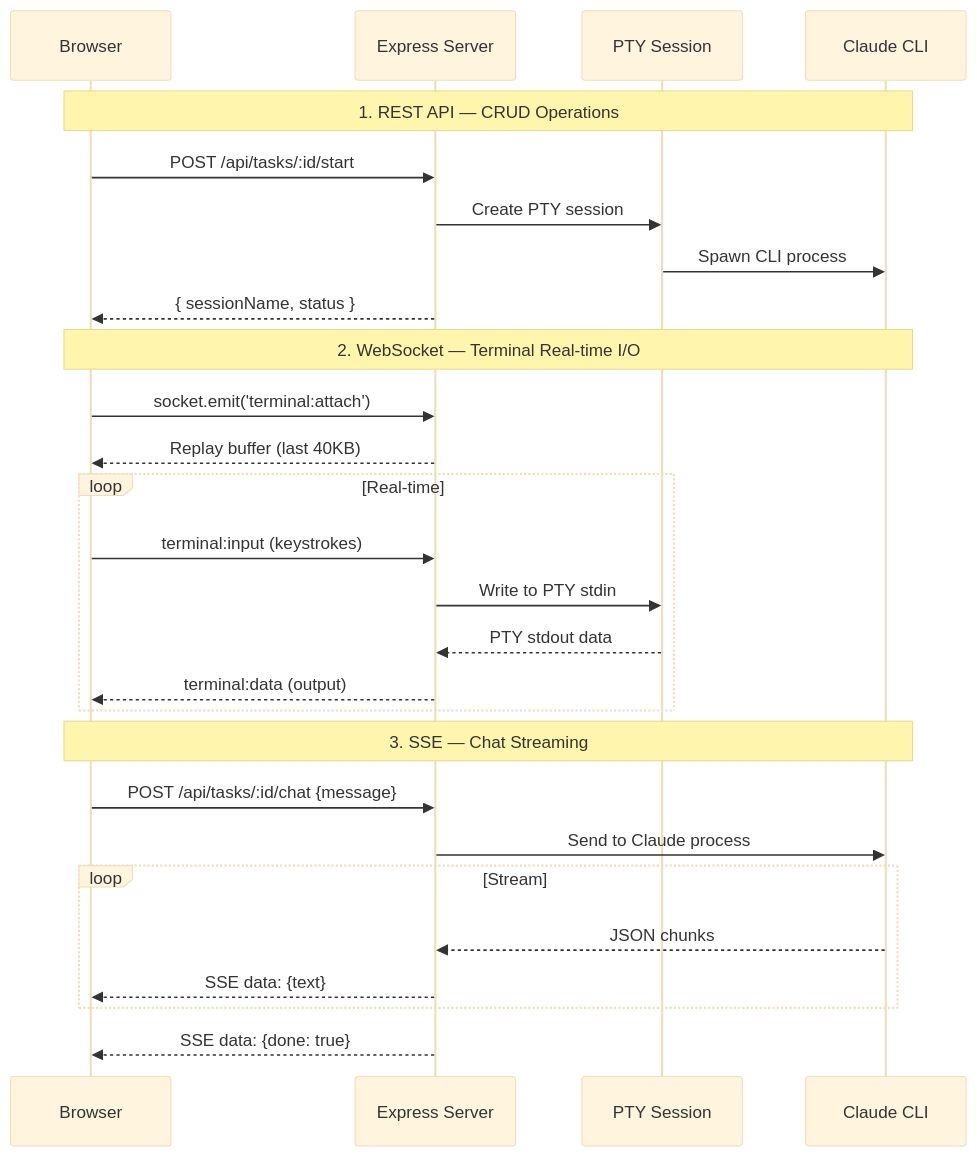
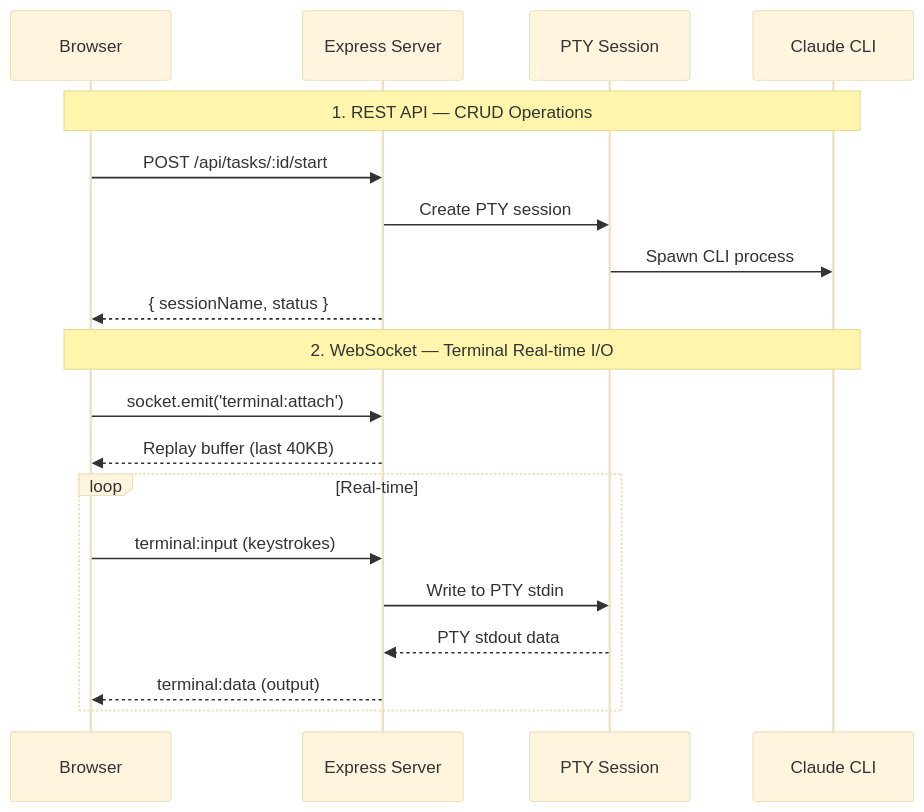
Before and after one commit to ZHHHH9980/claude-code-manager: the first of 6 diagrams in docs/architecture.md, drawn with Mermaid (base theme). The commit also changed other lines of this file and 5 other files, not shown here.

First line of the commit message:
Remove AssistantChatWindow and SSE chat functionality

````diff
--- a/docs/architecture.md
+++ b/docs/architecture.md
@@ -9,32 +9,23 @@
 ```mermaid
 sequenceDiagram
     participant B as Browser
     participant S as Express Server
     participant P as PTY Session
     participant C as Claude CLI
 
     Note over B,C: 1. REST API — CRUD Operations
     B->>S: POST /api/tasks/:id/start
     S->>P: Create PTY session
     P->>C: Spawn CLI process
     S-->>B: { sessionName, status }
 
     Note over B,C: 2. WebSocket — Terminal Real-time I/O
     B->>S: socket.emit('terminal:attach')
     S-->>B: Replay buffer (last 40KB)
     loop Real-time
         B->>S: terminal:input (keystrokes)
         S->>P: Write to PTY stdin
         P-->>S: PTY stdout data
         S-->>B: terminal:data (output)
     end
-
-    Note over B,C: 3. SSE — Chat Streaming
-    B->>S: POST /api/tasks/:id/chat {message}
-    S->>C: Send to Claude process
-    loop Stream
-        C-->>S: JSON chunks
-        S-->>B: SSE data: {text}
-    end
-    S-->>B: SSE data: {done: true}
 ```
````
